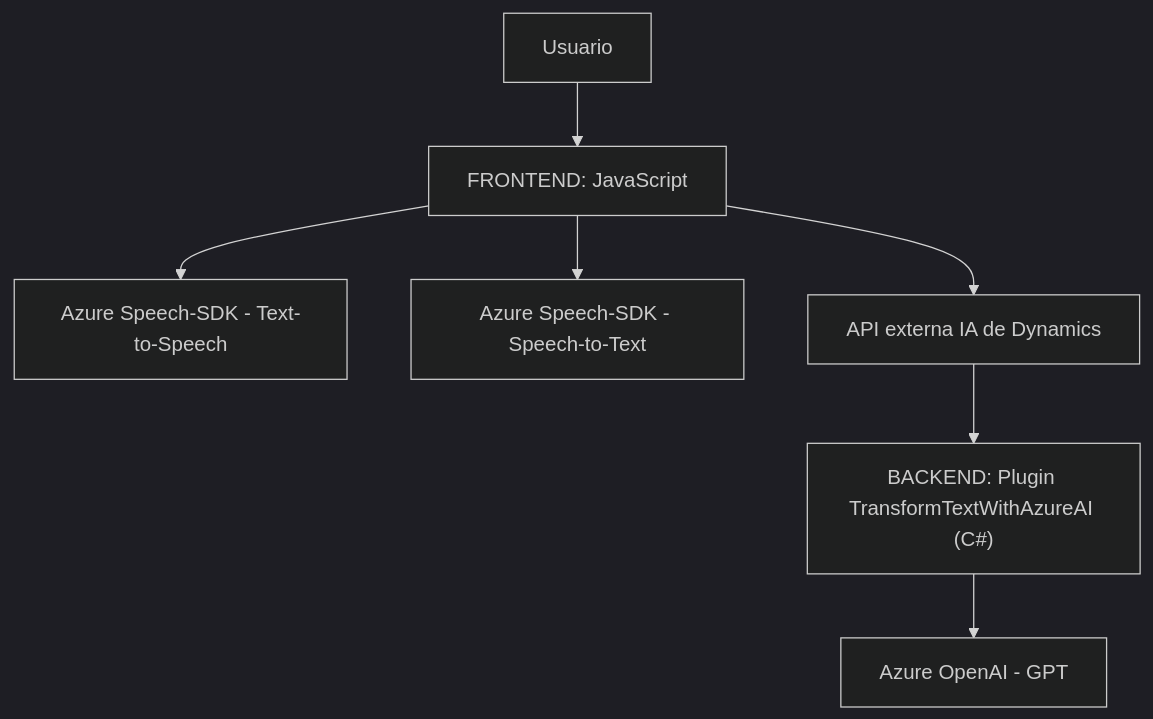
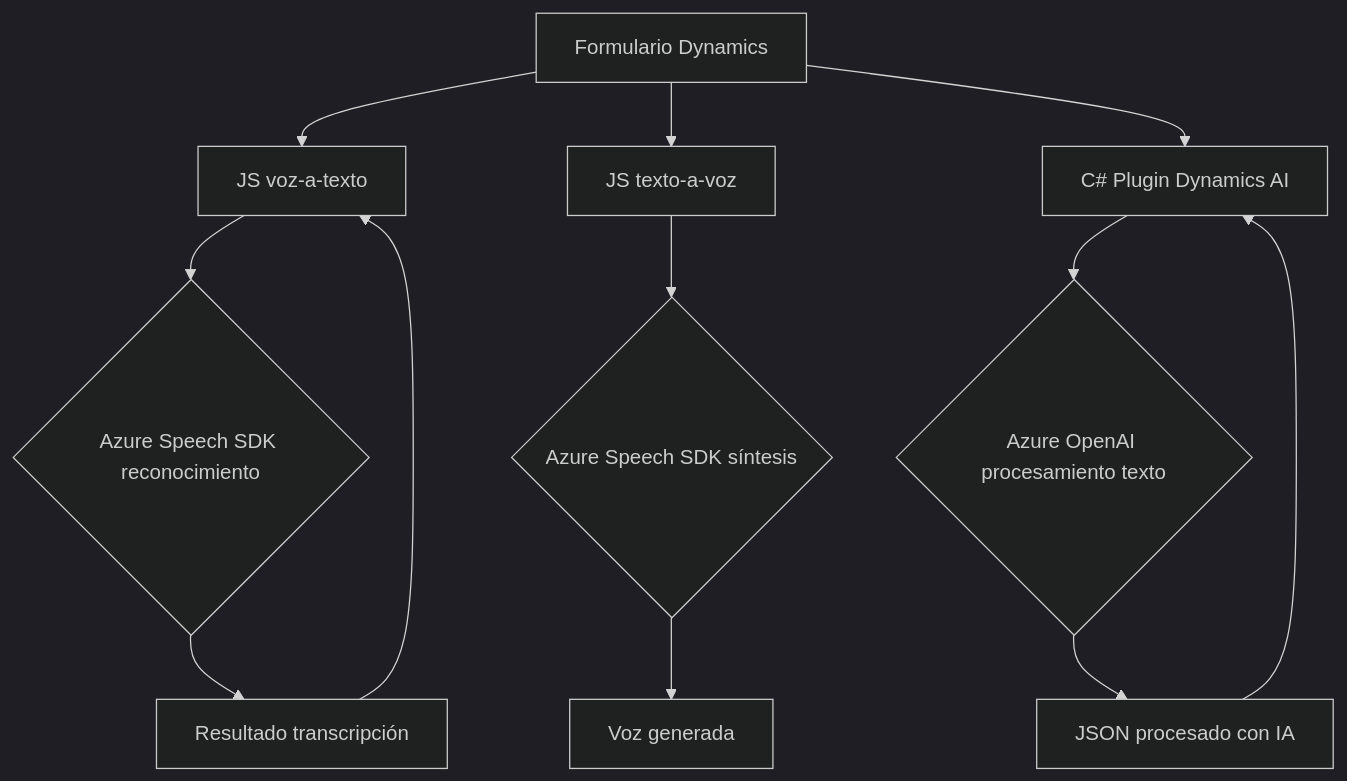
Before and after one commit to blopezdm/NETCORE_BILBAO2025: the diagram in README.md, drawn with Mermaid (dark theme). The commit also changed other lines of this file, not shown here.

Commit message:
Actualizar análisis global de la solución con IA

````diff
--- a/README.md
+++ b/README.md
@@ -60,17 +38,16 @@
 ```mermaid
 graph TD
-    A["Usuario"]
-    B["FRONTEND: JavaScript"]
-    C["Azure Speech-SDK - Text-to-Speech"]
-    D["Azure Speech-SDK - Speech-to-Text"]
-    E["API externa IA de Dynamics"]
-    F["BACKEND: Plugin TransformTextWithAzureAI (C#)"]
-    G["Azure OpenAI - GPT"]
-
-    A-->B
-    B-->C
-    B-->D
-    B-->E
-    E-->F
-    F-->G
+    A["Formulario Dynamics"] --> B["JS voz-a-texto"]
+    B --> C{"Azure Speech SDK reconocimiento"}
+    C --> D["Resultado transcripción"]
+    D --> B
+    
+    A --> E["JS texto-a-voz"]
+    E --> F{"Azure Speech SDK síntesis"}
+    F --> G["Voz generada"]
+    
+    A --> H["C# Plugin Dynamics AI"]
+    H --> I{"Azure OpenAI procesamiento texto"}
+    I --> J["JSON procesado con IA"]
+    J --> H
 ```
````
